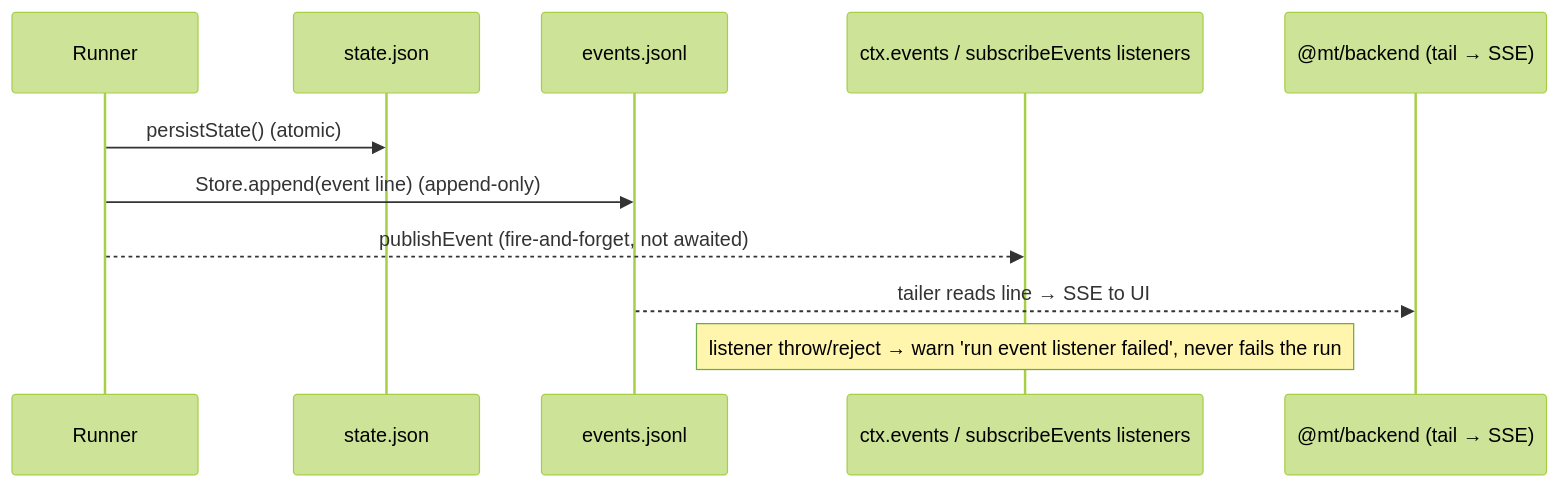
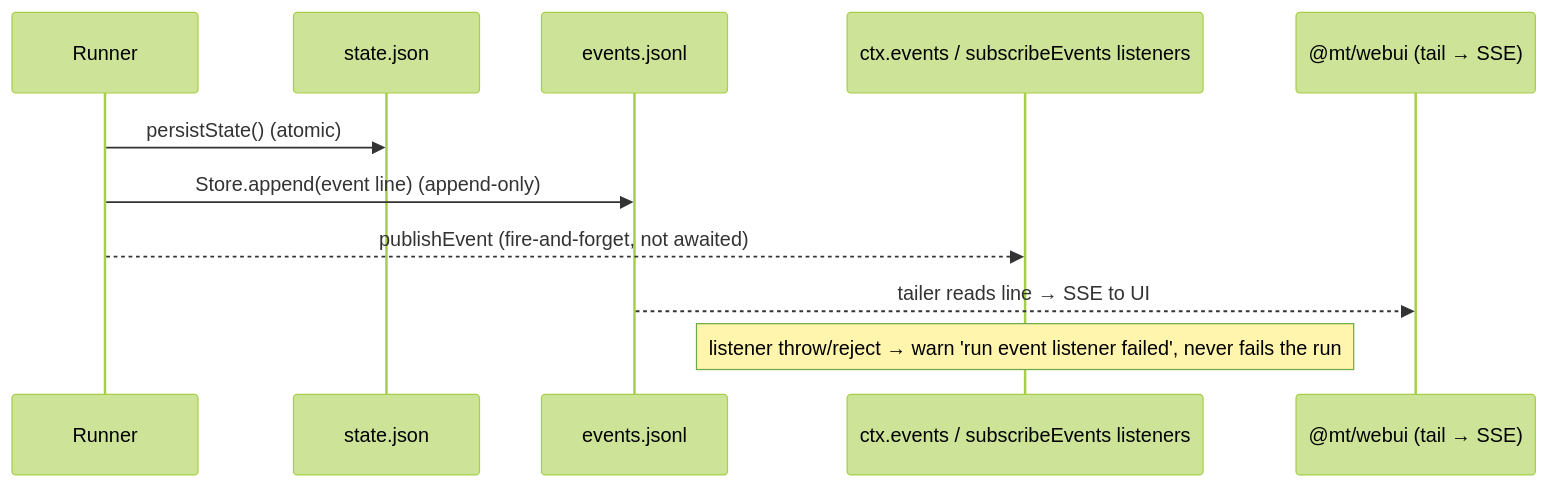
One commit to gleb619/machinum-pipeline changed the fifth of 6 diagrams in docs/guiding/lifecycle.md. Above: the diagram before and after it, drawn with Mermaid (forest theme). The commit also changed 66 other files, not shown here.

First line of the commit message:
refactor!: rename @mt/backend -> @mt/webui, @mt/frontend -> @mt/components; add @mt/tui skeleton

````diff
--- a/docs/guiding/lifecycle.md
+++ b/docs/guiding/lifecycle.md
@@ -360,14 +360,14 @@
 ```mermaid
 sequenceDiagram
   participant Runner
   participant State as state.json
   participant Log as events.jsonl
   participant L as ctx.events / subscribeEvents listeners
-  participant BE as @mt/backend (tail → SSE)
+  participant BE as @mt/webui (tail → SSE)
 
   Runner->>State: persistState() (atomic)
   Runner->>Log: Store.append(event line)  (append-only)
   Runner-->>L: publishEvent (fire-and-forget, not awaited)
   Log-->>BE: tailer reads line → SSE to UI
   Note over L: listener throw/reject → warn 'run event listener failed', never fails the run
 ```
````
